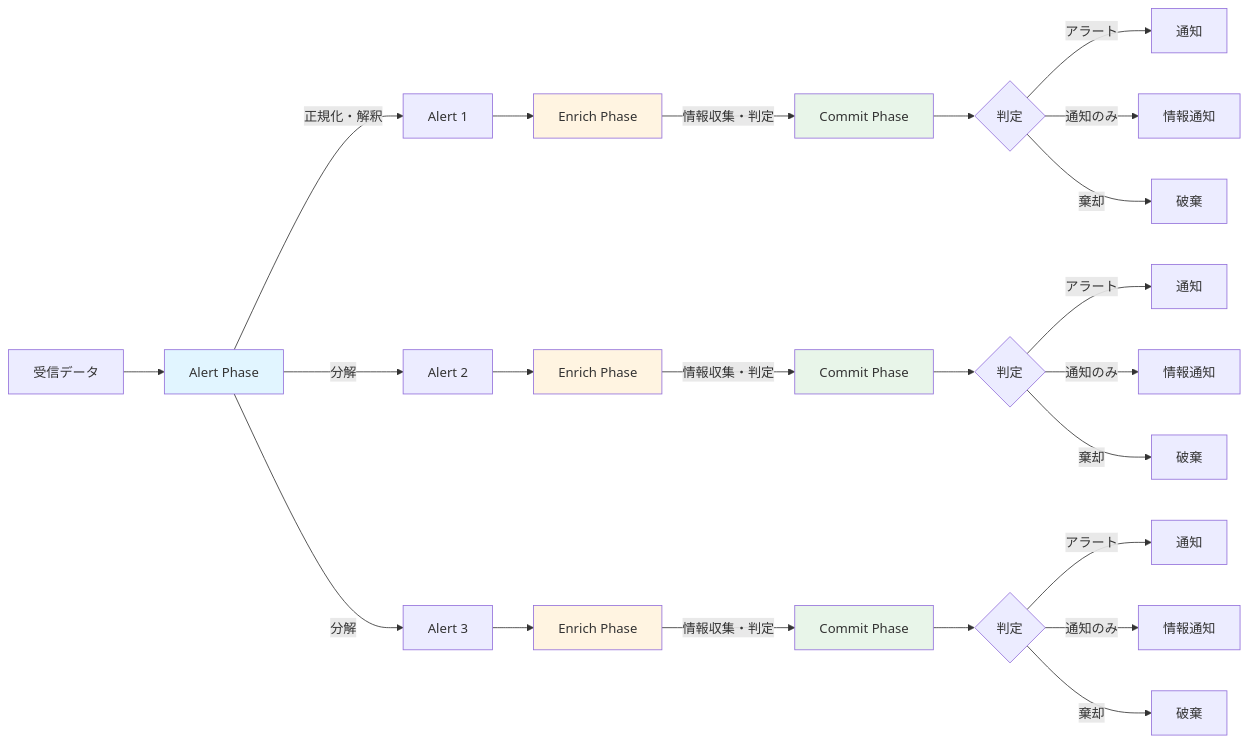
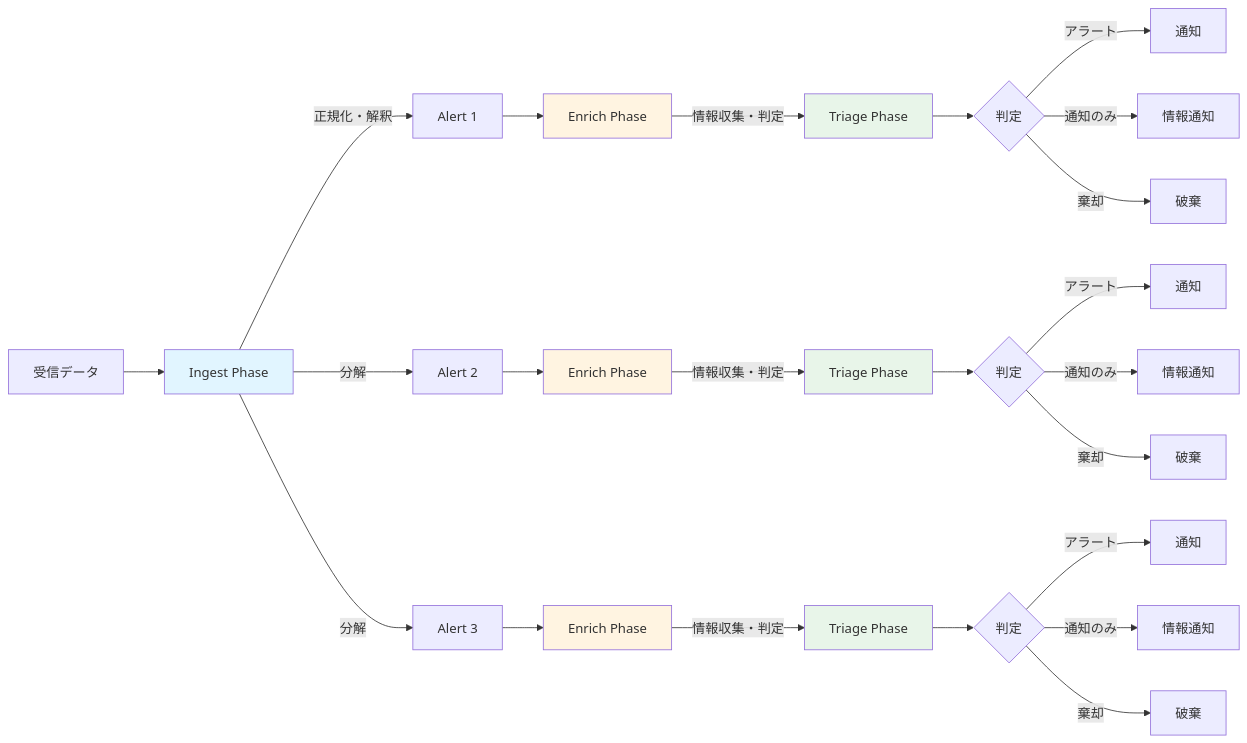
Before and after one commit to m-mizutani/advcal2025: the second of 2 diagrams in articles/sec-agent-16-workflow-design.md, drawn with Mermaid. The commit also changed other lines of this file, not shown here.

Commit message:
修正(sec-agent-16-workflow-design.md): ワークフローのフェーズ名を`alert`から`ingest`、`commit`から`triage`に変更

````diff
--- a/articles/sec-agent-16-workflow-design.md
+++ b/articles/sec-agent-16-workflow-design.md
@@ -141,40 +141,40 @@
 ```mermaid
 graph LR
-    Input[受信データ] --> Alert[Alert Phase]
+    Input[受信データ] --> Ingest[Ingest Phase]
 
-    Alert --> |正規化・解釈| A1[Alert 1]
-    Alert --> |分解| A2[Alert 2]
-    Alert --> |分解| A3[Alert 3]
+    Ingest --> |正規化・解釈| A1[Alert 1]
+    Ingest --> |分解| A2[Alert 2]
+    Ingest --> |分解| A3[Alert 3]
 
     A1 --> Enrich1[Enrich Phase]
     A2 --> Enrich2[Enrich Phase]
     A3 --> Enrich3[Enrich Phase]
 
-    Enrich1 --> |情報収集・判定| Commit1[Commit Phase]
-    Enrich2 --> |情報収集・判定| Commit2[Commit Phase]
-    Enrich3 --> |情報収集・判定| Commit3[Commit Phase]
+    Enrich1 --> |情報収集・判定| Triage1[Triage Phase]
+    Enrich2 --> |情報収集・判定| Triage2[Triage Phase]
+    Enrich3 --> |情報収集・判定| Triage3[Triage Phase]
 
-    Commit1 --> Decision1{判定}
-    Commit2 --> Decision2{判定}
-    Commit3 --> Decision3{判定}
+    Triage1 --> Decision1{判定}
+    Triage2 --> Decision2{判定}
+    Triage3 --> Decision3{判定}
 
     Decision1 --> |アラート| Notify1[通知]
     Decision1 --> |通知のみ| Info1[情報通知]
     Decision1 --> |棄却| Discard1[破棄]
 
     Decision2 --> |アラート| Notify2[通知]
     Decision2 --> |通知のみ| Info2[情報通知]
     Decision2 --> |棄却| Discard2[破棄]
 
     Decision3 --> |アラート| Notify3[通知]
     Decision3 --> |通知のみ| Info3[情報通知]
     Decision3 --> |棄却| Discard3[破棄]
 
-    style Alert fill:#e1f5ff
+    style Ingest fill:#e1f5ff
     style Enrich1 fill:#fff4e1
     style Enrich2 fill:#fff4e1
     style Enrich3 fill:#fff4e1
-    style Commit1 fill:#e8f5e9
-    style Commit2 fill:#e8f5e9
-    style Commit3 fill:#e8f5e9
+    style Triage1 fill:#e8f5e9
+    style Triage2 fill:#e8f5e9
+    style Triage3 fill:#e8f5e9
 ```
````
